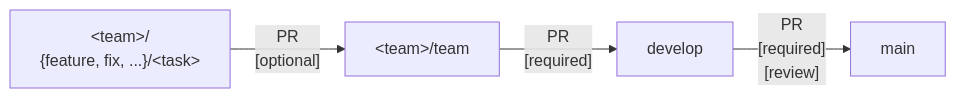
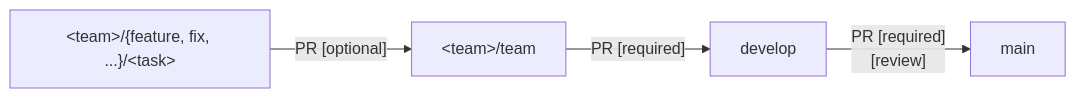
One commit to mephi-s24501/digital-circuitry-2026 changed the diagram in CONTRIBUTING.md. Above: the diagram before and after it, drawn with Mermaid.

Commit message:
docs: fix git workflow diagram rendering

````diff
--- a/CONTRIBUTING.md
+++ b/CONTRIBUTING.md
@@ -18,11 +18,11 @@
 ```mermaid
 flowchart LR
-  TASK["&lt;team&gt;/ <br> {feature, fix, ...}/&lt;task&gt;"]
-  TEAM["&lt;team&gt;/team"]
+  TASK["#60;team#62;/{feature, fix, ...}/#60;task#62;"]
+  TEAM["#60;team#62;/team"]
   DEV["develop"]
   MAIN["main"]
 
-  TASK --> |"PR <br> [optional]"| TEAM
-  TEAM --> |"PR <br> [required]"| DEV
-  DEV  --> |"PR <br> [required] <br> [review]"| MAIN
+  TASK --> |"PR [optional]"| TEAM
+  TEAM --> |"PR [required]"| DEV
+  DEV  --> |"PR [required] <br> [review]"| MAIN
 ```
````
